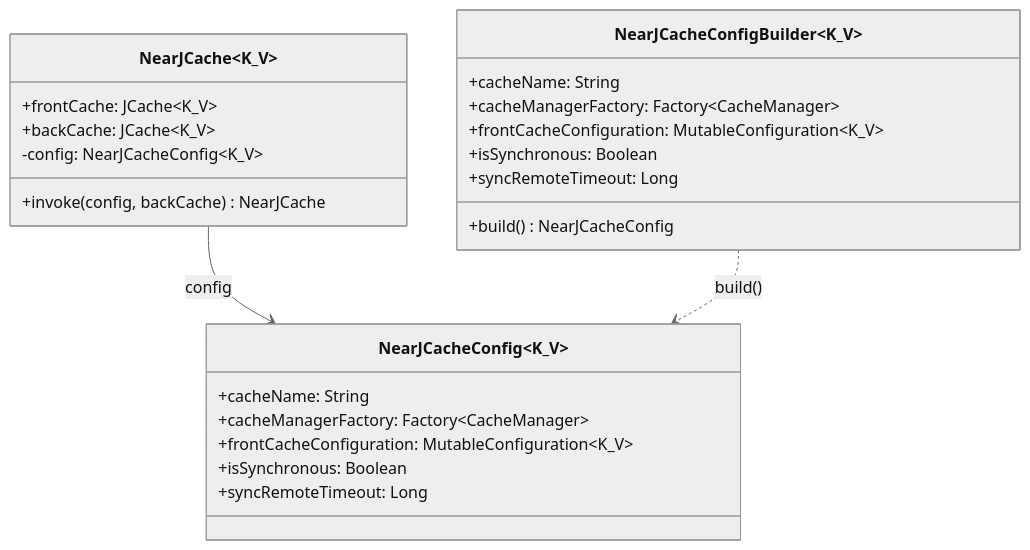
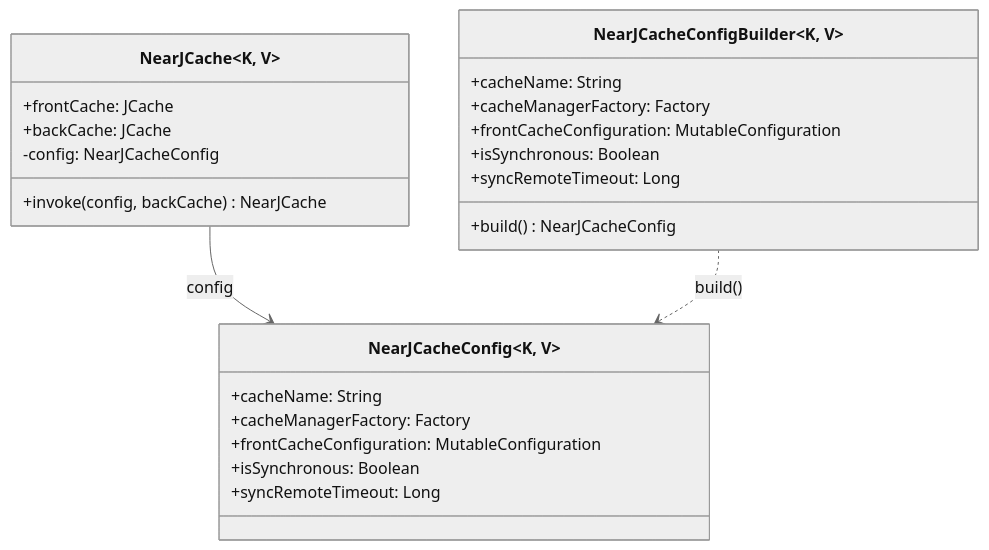
The sixth of 7 diagrams in infra/cache-core/README.md (bluetape4k/bluetape4k-projects), drawn with Mermaid (neutral theme) before and after one commit. The commit also changed other lines of this file and 37 other files, not shown here.

````diff
--- a/infra/cache-core/README.md
+++ b/infra/cache-core/README.md
@@ -195,29 +239,29 @@
 ```mermaid
 classDiagram
-    class NearJCache~K_V~ {
-        +frontCache: JCache~K_V~
-        +backCache: JCache~K_V~
-        -config: NearJCacheConfig~K_V~
+    class NearJCache~K, V~ {
++frontCache: JCache
++backCache: JCache
+-config: NearJCacheConfig
         +invoke(config, backCache) NearJCache
     }
 
-    class NearJCacheConfig~K_V~ {
+class NearJCacheConfig~K, V~ {
         +cacheName: String
-        +cacheManagerFactory: Factory~CacheManager~
-        +frontCacheConfiguration: MutableConfiguration~K_V~
+        +cacheManagerFactory: Factory
++frontCacheConfiguration: MutableConfiguration
         +isSynchronous: Boolean
         +syncRemoteTimeout: Long
     }
 
-    class NearJCacheConfigBuilder~K_V~ {
+class NearJCacheConfigBuilder~K, V~ {
         +cacheName: String
-        +cacheManagerFactory: Factory~CacheManager~
-        +frontCacheConfiguration: MutableConfiguration~K_V~
+        +cacheManagerFactory: Factory
++frontCacheConfiguration: MutableConfiguration
         +isSynchronous: Boolean
         +syncRemoteTimeout: Long
         +build() NearJCacheConfig
     }
 
     NearJCache --> NearJCacheConfig: config
     NearJCacheConfigBuilder ..> NearJCacheConfig: build()
 ```
````
